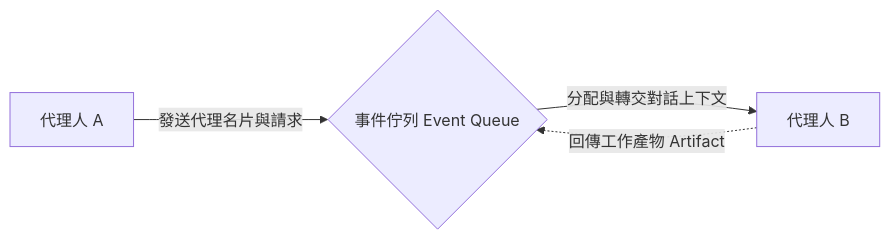
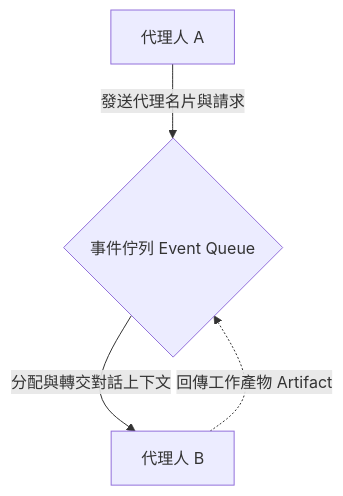
One commit to perng/ai-cert changed the second of 2 diagrams in subjects/m5/chapter5.qmd. Above: the diagram before and after it, drawn with Mermaid. The commit also changed 3 other files, not shown here.

Commit message:
feat: add custom CSS and Quarto configuration to enforce white backgrounds on mermaid diagrams

````diff
--- a/subjects/m5/chapter5.qmd
+++ b/subjects/m5/chapter5.qmd
@@ -111,6 +111,6 @@
 ```{mermaid}
-graph LR
+graph TD
     AgentA[代理人 A] --> |發送代理名片與請求| Router{事件佇列 Event Queue}
     Router --> |分配與轉交對話上下文| AgentB[代理人 B]
     AgentB -.-> |回傳工作產物 Artifact| Router
 ```
````
